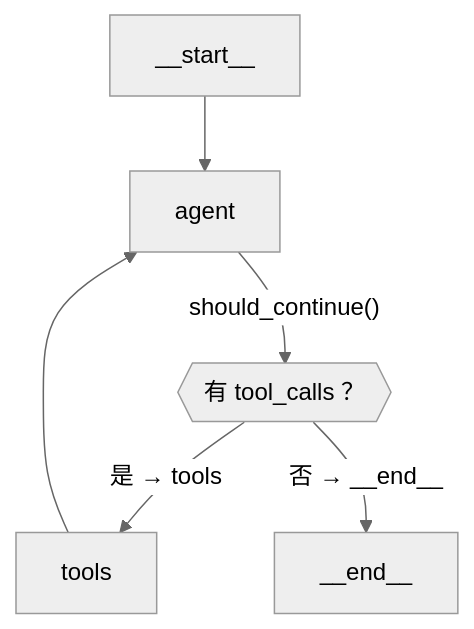
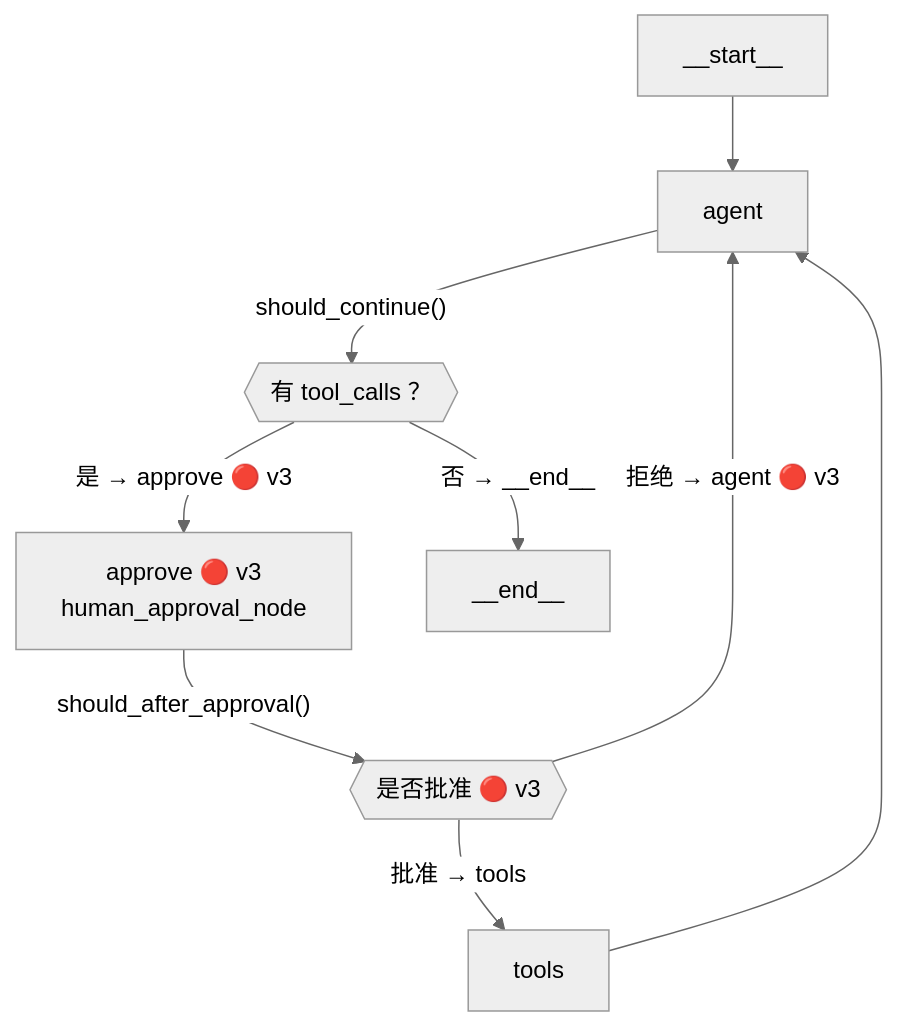
The first of 10 diagrams in docs/agent-architecture-diagrams.md (wuLa0702/llm_wiki_selfbuild), drawn with Mermaid (neutral theme) before and after one commit. The commit also changed other lines of this file, not shown here.

First line of the commit message:
docs(agent): 更新架构图——添加 approve 节点 (Human-in-the-Loop)

````diff
--- a/docs/agent-architecture-diagrams.md
+++ b/docs/agent-architecture-diagrams.md
@@ -31,8 +31,11 @@
 ```mermaid
 flowchart TD
     START["__start__"] --> AGENT["agent"]
     AGENT -->|"should_continue()"| COND{{"有 tool_calls ？"}}
-    COND -->|"是 → tools"| TOOLS["tools"]
+    COND -->|"是 → approve 🔴 v3"| APPROVE["approve 🔴 v3<br/>human_approval_node"]
     COND -->|"否 → __end__"| END["__end__"]
+    APPROVE -->|"should_after_approval()"| COND2{{"是否批准 🔴 v3"}}
+    COND2 -->|"批准 → tools"| TOOLS["tools"]
+    COND2 -->|"拒绝 → agent 🔴 v3"| AGENT
     TOOLS --> AGENT
 ```
````
